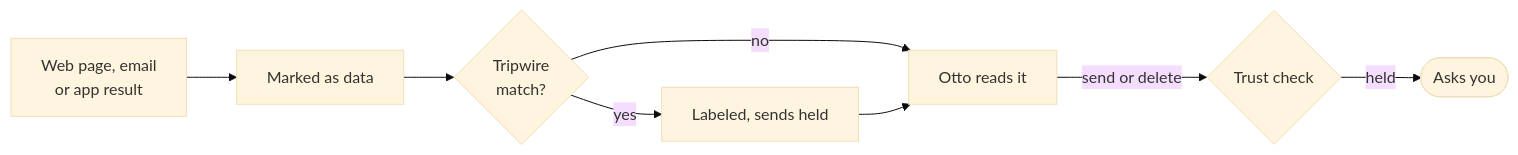
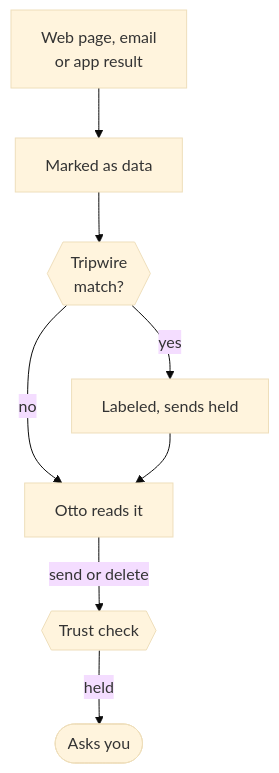
One commit to n8n-io/nod changed the diagram in docs/src/content/docs/trust/untrusted-content.md. Above: the diagram before and after it, drawn with Mermaid (base theme). The commit also changed 54 other files, not shown here.

````diff
--- a/docs/src/content/docs/trust/untrusted-content.md
+++ b/docs/src/content/docs/trust/untrusted-content.md
@@ -42,10 +42,10 @@
 ```mermaid
-flowchart LR
+flowchart TD
   source[Web page, email<br/>or app result] --> wrap[Marked as data]
-  wrap --> trip{Tripwire<br/>match?}
+  wrap --> trip{{Tripwire<br/>match?}}
   trip -- no --> model[Otto reads it]
   trip -- yes --> flag[Labeled, sends held]:::stop
   flag --> model
-  model -- send or delete --> check{Trust check}:::accent
+  model -- send or delete --> check{{Trust check}}:::accent
   check -- held --> you([Asks you]):::accent
 ```
````
